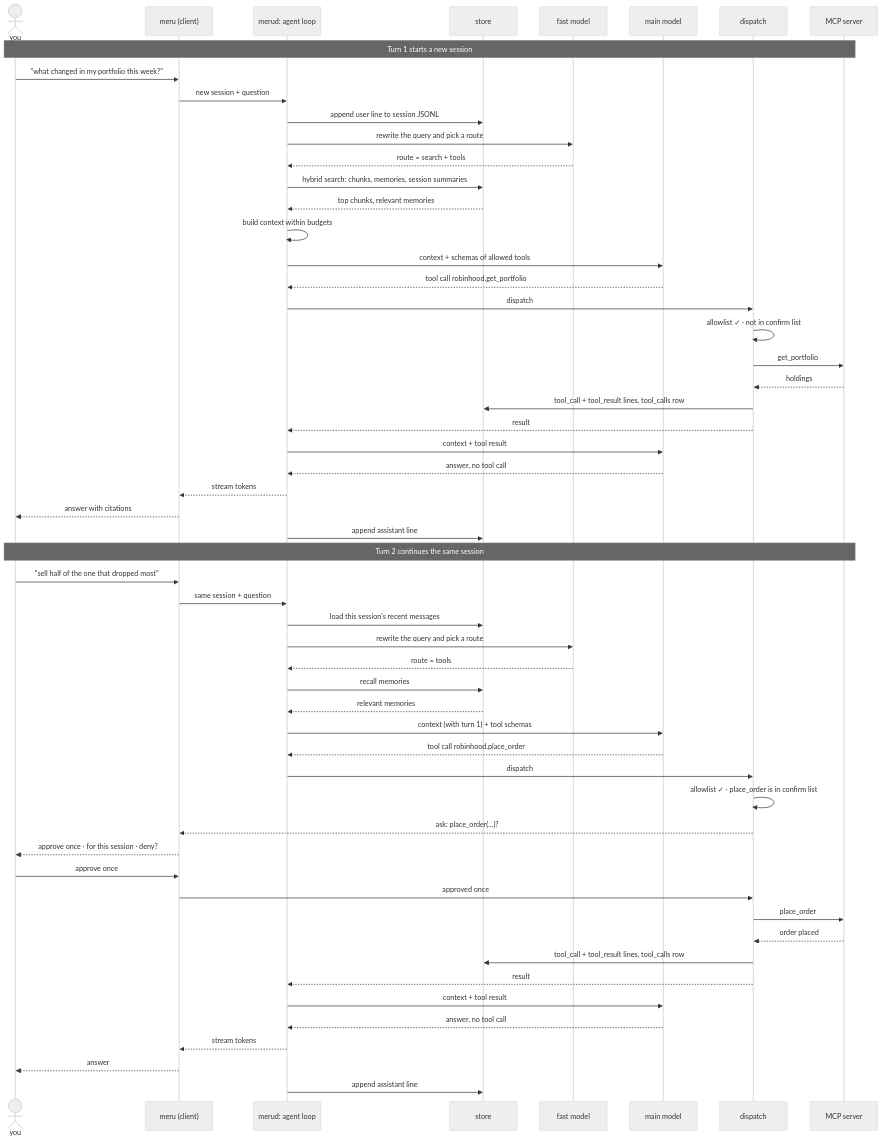
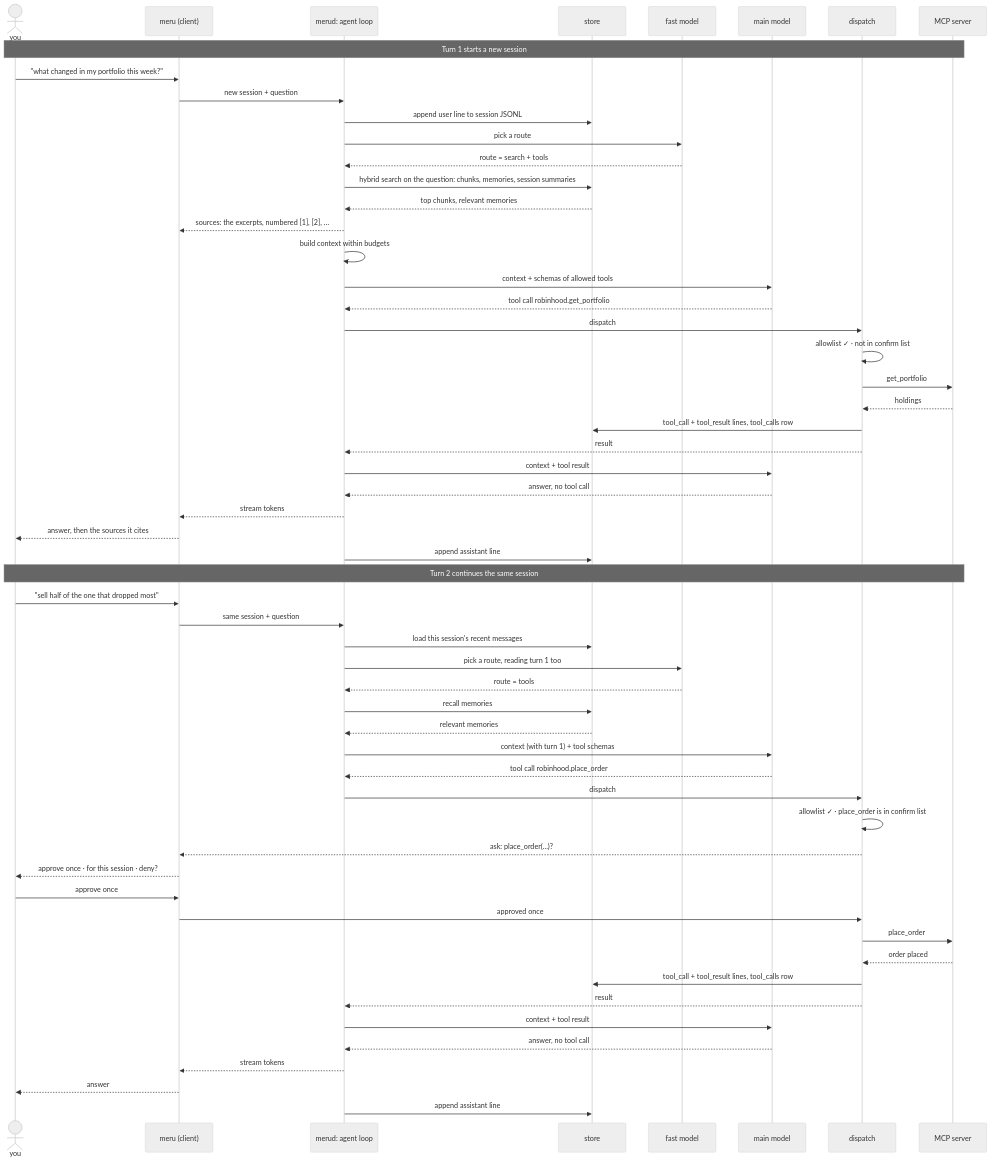
The second of 5 diagrams in ARCHITECTURE.md (aarora79/meru), drawn with Mermaid (neutral theme) before and after one commit. The commit also changed other lines of this file and 20 other files, not shown here.

````diff
--- a/ARCHITECTURE.md
+++ b/ARCHITECTURE.md
@@ -243,60 +244,61 @@
 ```mermaid
 sequenceDiagram
     actor U as you
     participant C as meru (client)
     participant L as merud: agent loop
     participant S as store
     participant F as fast model
     participant M as main model
     participant D as dispatch
     participant T as MCP server
 
     Note over U,T: Turn 1 starts a new session
     U->>C: "what changed in my portfolio this week?"
     C->>L: new session + question
     L->>S: append user line to session JSONL
-    L->>F: rewrite the query and pick a route
+    L->>F: pick a route
     F-->>L: route = search + tools
-    L->>S: hybrid search: chunks, memories, session summaries
+    L->>S: hybrid search on the question: chunks, memories, session summaries
     S-->>L: top chunks, relevant memories
+    L-->>C: sources: the excerpts, numbered [1], [2], …
     L->>L: build context within budgets
     L->>M: context + schemas of allowed tools
     M-->>L: tool call robinhood.get_portfolio
     L->>D: dispatch
     D->>D: allowlist ✓ · not in confirm list
     D->>T: get_portfolio
     T-->>D: holdings
     D->>S: tool_call + tool_result lines, tool_calls row
     D-->>L: result
     L->>M: context + tool result
     M-->>L: answer, no tool call
     L-->>C: stream tokens
-    C-->>U: answer with citations
+    C-->>U: answer, then the sources it cites
     L->>S: append assistant line
 
     Note over U,T: Turn 2 continues the same session
     U->>C: "sell half of the one that dropped most"
     C->>L: same session + question
     L->>S: load this session's recent messages
-    L->>F: rewrite the query and pick a route
+    L->>F: pick a route, reading turn 1 too
     F-->>L: route = tools
     L->>S: recall memories
     S-->>L: relevant memories
     L->>M: context (with turn 1) + tool schemas
     M-->>L: tool call robinhood.place_order
     L->>D: dispatch
     D->>D: allowlist ✓ · place_order is in confirm list
     D-->>C: ask: place_order(...)?
     C-->>U: approve once · for this session · deny?
     U->>C: approve once
     C->>D: approved once
     D->>T: place_order
     T-->>D: order placed
     D->>S: tool_call + tool_result lines, tool_calls row
     D-->>L: result
     L->>M: context + tool result
     M-->>L: answer, no tool call
     L-->>C: stream tokens
     C-->>U: answer
     L->>S: append assistant line
 ```
````
